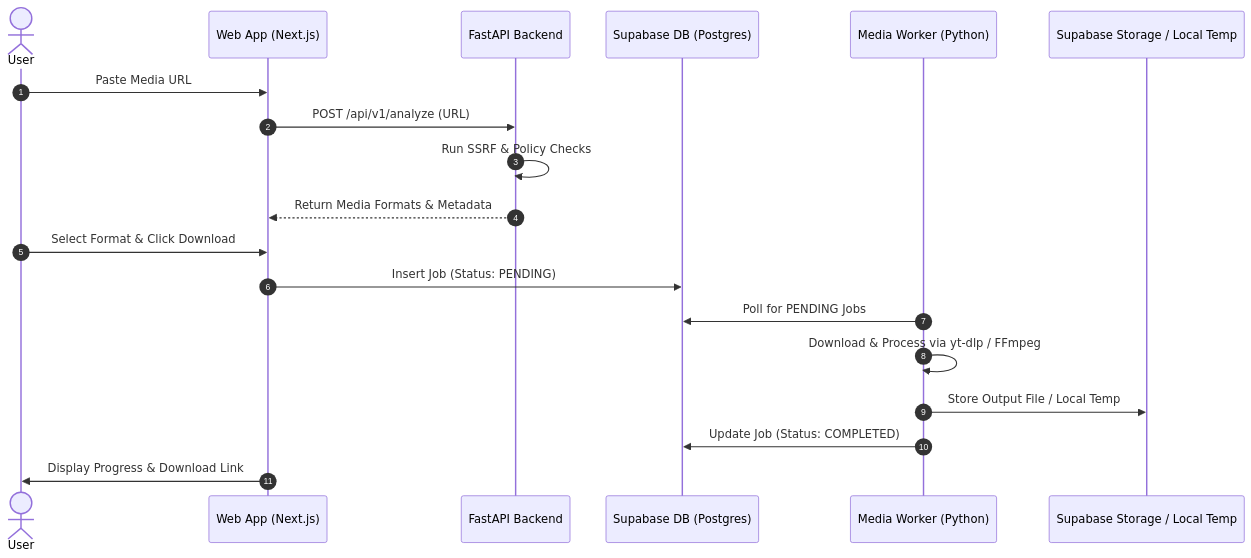
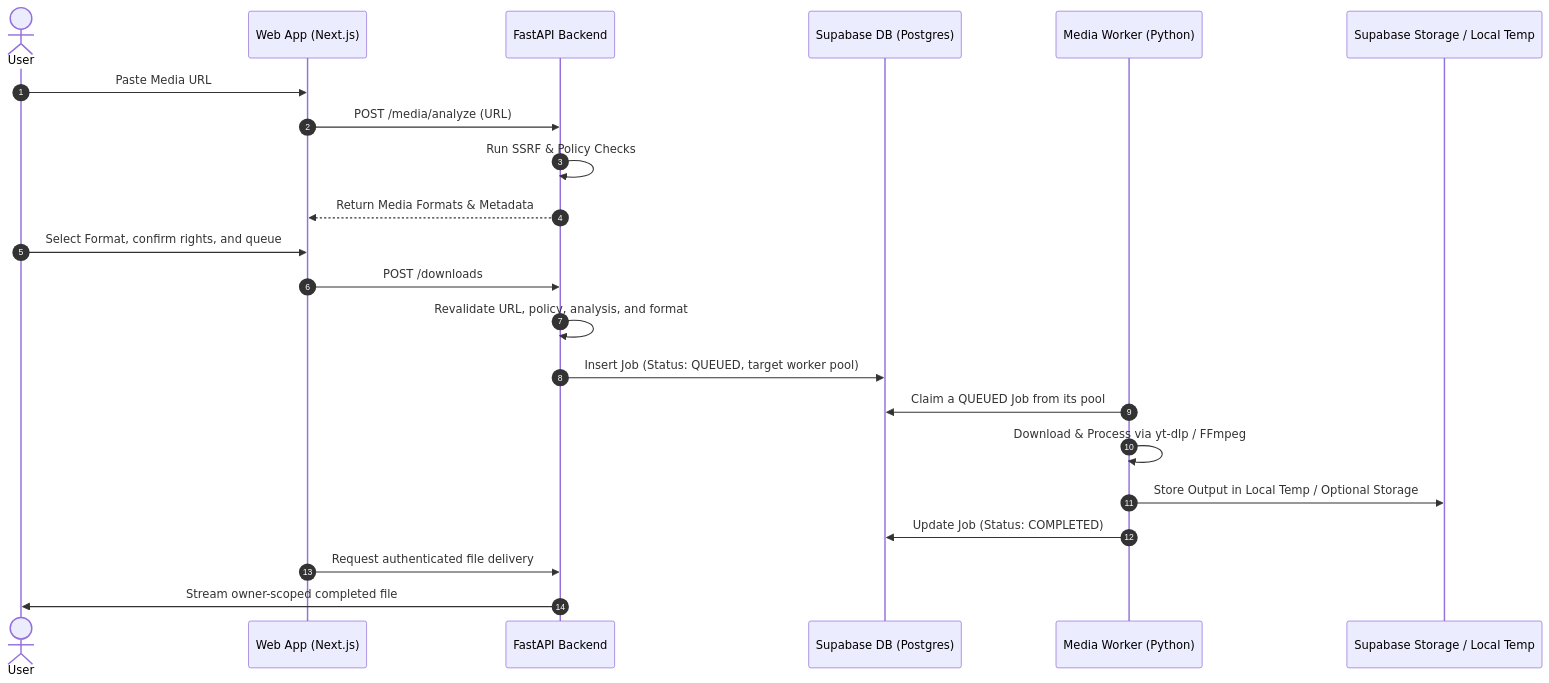
The diagram in docs/en/DEVELOPER_GUIDE.md (Wattanaroj2567/media-loader), drawn with Mermaid before and after one commit. The commit also changed other lines of this file and 37 other files, not shown here.

````diff
--- a/docs/en/DEVELOPER_GUIDE.md
+++ b/docs/en/DEVELOPER_GUIDE.md
@@ -28,22 +30,25 @@
 ```mermaid
 sequenceDiagram
     autonumber
     actor User
     participant Web as Web App (Next.js)
     participant API as FastAPI Backend
     participant DB as Supabase DB (Postgres)
     participant Worker as Media Worker (Python)
     participant Storage as Supabase Storage / Local Temp
 
     User->>Web: Paste Media URL
-    Web->>API: POST /api/v1/analyze (URL)
+    Web->>API: POST /media/analyze (URL)
     API->>API: Run SSRF & Policy Checks
     API-->>Web: Return Media Formats & Metadata
-    User->>Web: Select Format & Click Download
-    Web->>DB: Insert Job (Status: PENDING)
-    Worker->>DB: Poll for PENDING Jobs
+    User->>Web: Select Format, confirm rights, and queue
+    Web->>API: POST /downloads
+    API->>API: Revalidate URL, policy, analysis, and format
+    API->>DB: Insert Job (Status: QUEUED, target worker pool)
+    Worker->>DB: Claim a QUEUED Job from its pool
     Worker->>Worker: Download & Process via yt-dlp / FFmpeg
-    Worker->>Storage: Store Output File / Local Temp
+    Worker->>Storage: Store Output in Local Temp / Optional Storage
     Worker->>DB: Update Job (Status: COMPLETED)
-    Web->>User: Display Progress & Download Link
+    Web->>API: Request authenticated file delivery
+    API->>User: Stream owner-scoped completed file
 ```
````
